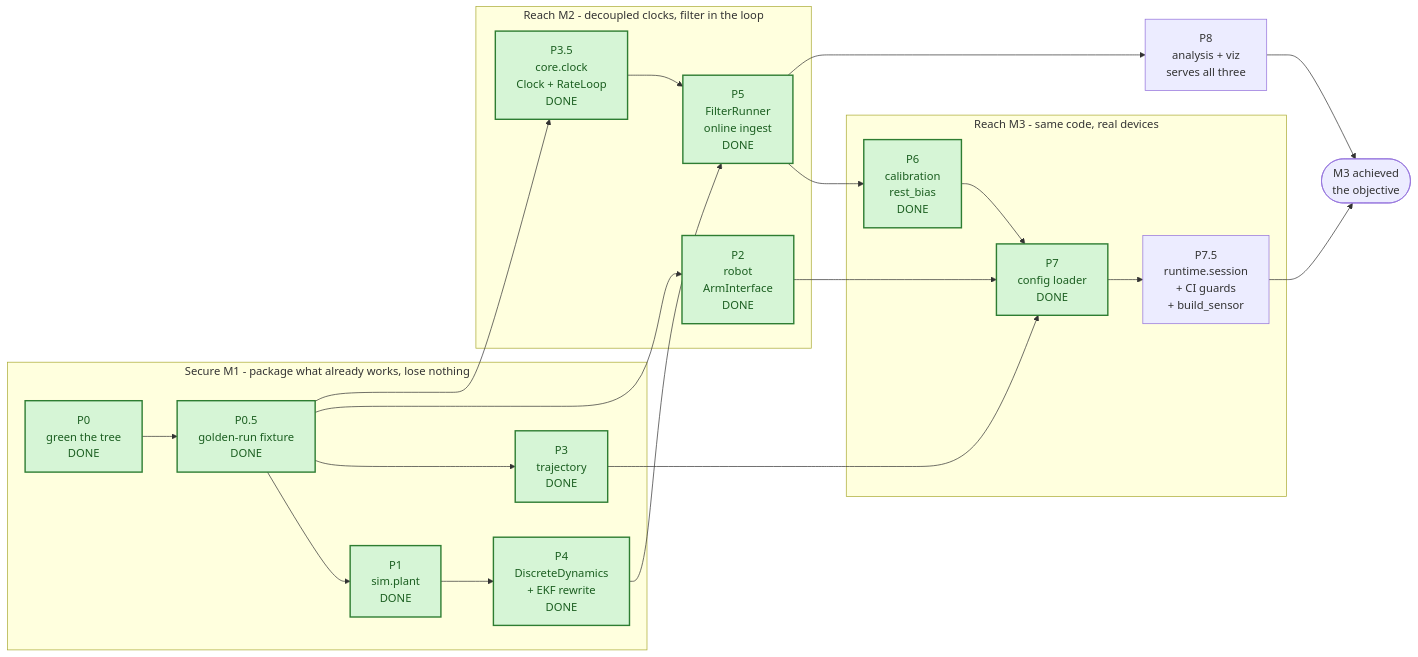
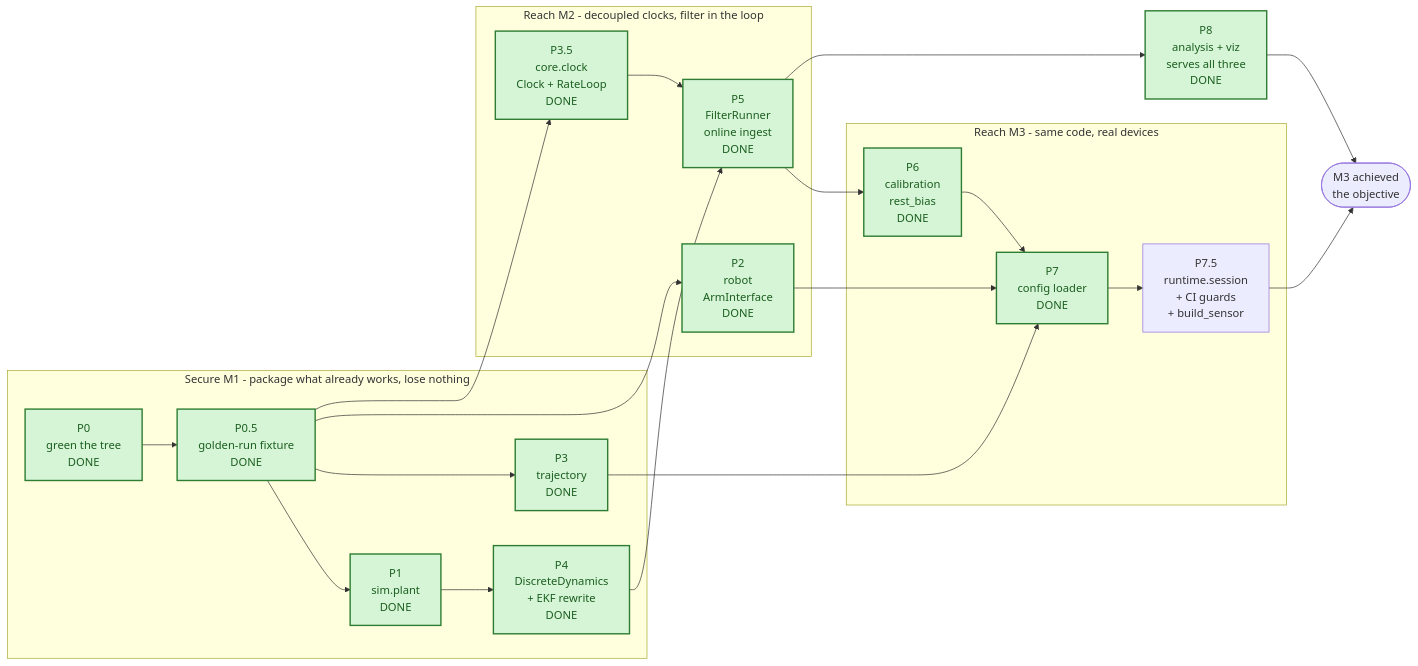
Before and after one commit to andrademarique-cpu/preERP: the sixth of 6 diagrams in docs/adr/0002-notebook-to-package.md, drawn with Mermaid. The commit also changed other lines of this file and 15 other files, not shown here.

First line of the commit message:
feat: erp.analysis + erp.viz and the three-way demo (ADR-0002 P8)

````diff
--- a/docs/adr/0002-notebook-to-package.md
+++ b/docs/adr/0002-notebook-to-package.md
@@ -1096,37 +1096,37 @@
 ```mermaid
 flowchart LR
     subgraph G1["Secure M1 - package what already works, lose nothing"]
         P0["P0<br/>green the tree<br/>DONE"] --> P05["P0.5<br/>golden-run fixture<br/>DONE"]
         P05 --> P1["P1<br/>sim.plant<br/>DONE"]
         P05 --> P3["P3<br/>trajectory<br/>DONE"]
         P1 --> P4["P4<br/>DiscreteDynamics<br/>+ EKF rewrite<br/>DONE"]
     end
 
     subgraph G2["Reach M2 - decoupled clocks, filter in the loop"]
         P35["P3.5<br/>core.clock<br/>Clock + RateLoop<br/>DONE"]
         P2["P2<br/>robot<br/>ArmInterface<br/>DONE"]
         P5["P5<br/>FilterRunner<br/>online ingest<br/>DONE"]
         P35 --> P5
     end
 
     subgraph G3["Reach M3 - same code, real devices"]
         P6["P6<br/>calibration<br/>rest_bias<br/>DONE"]
         P7["P7<br/>config loader<br/>DONE"]
         P75["P7.5<br/>runtime.session<br/>+ CI guards<br/>+ build_sensor"]
         P6 --> P7
         P7 --> P75
     end
 
     P05 --> P2
     P05 --> P35
     P4 --> P5
     P5 --> P6
     P2 --> P7
     P3 --> P7
-    P5 --> P8["P8<br/>analysis + viz<br/>serves all three"]
+    P5 --> P8["P8<br/>analysis + viz<br/>serves all three<br/>DONE"]
     P75 --> OBJ(["M3 achieved<br/>the objective"])
     P8 --> OBJ
 
     classDef done fill:#d6f5d6,stroke:#2e7d32,stroke-width:2px,color:#1b5e20
-    class P0,P05,P1,P2,P3,P35,P4,P5,P6,P7 done
+    class P0,P05,P1,P2,P3,P35,P4,P5,P6,P7,P8 done
 ```
````
